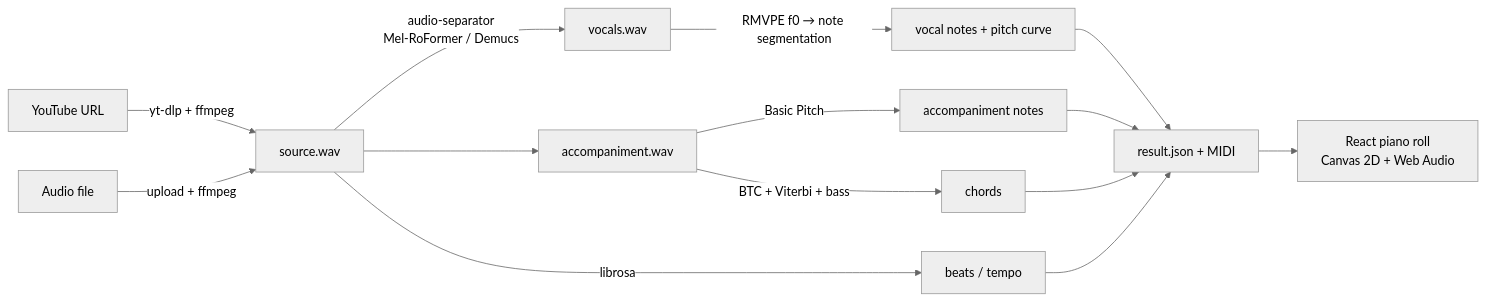
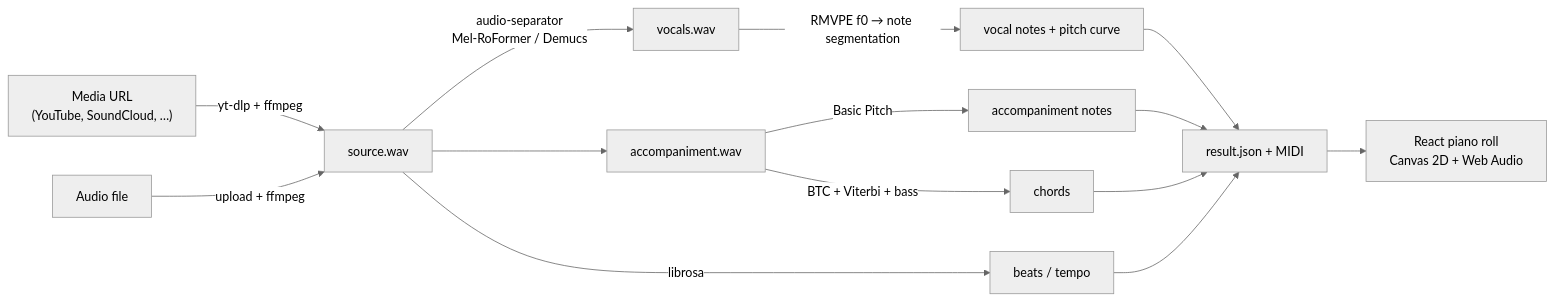
Before and after one commit to Devleu0/Melody-Chord-Transcriber: the diagram in README.md, drawn with Mermaid (neutral theme). The commit also changed other lines of this file and 26 other files, not shown here.

First line of the commit message:
Rename to Melody Chord Transcriber and support any yt-dlp source

````diff
--- a/README.md
+++ b/README.md
@@ -43,13 +43,13 @@
 ```mermaid
 flowchart LR
-  A[YouTube URL] -->|yt-dlp + ffmpeg| B[source.wav]
+  A["Media URL<br/>(YouTube, SoundCloud, …)"] -->|yt-dlp + ffmpeg| B[source.wav]
   U[Audio file] -->|upload + ffmpeg| B
   B -->|audio-separator<br/>Mel-RoFormer / Demucs| C[vocals.wav]
   B --> D[accompaniment.wav]
   C -->|RMVPE f0 → note segmentation| E[vocal notes + pitch curve]
   D -->|Basic Pitch| F[accompaniment notes]
   D -->|BTC + Viterbi + bass| G[chords]
   B -->|librosa| H[beats / tempo]
   E & F & G & H --> I[result.json + MIDI]
   I --> J[React piano roll<br/>Canvas 2D + Web Audio]
 ```
````
